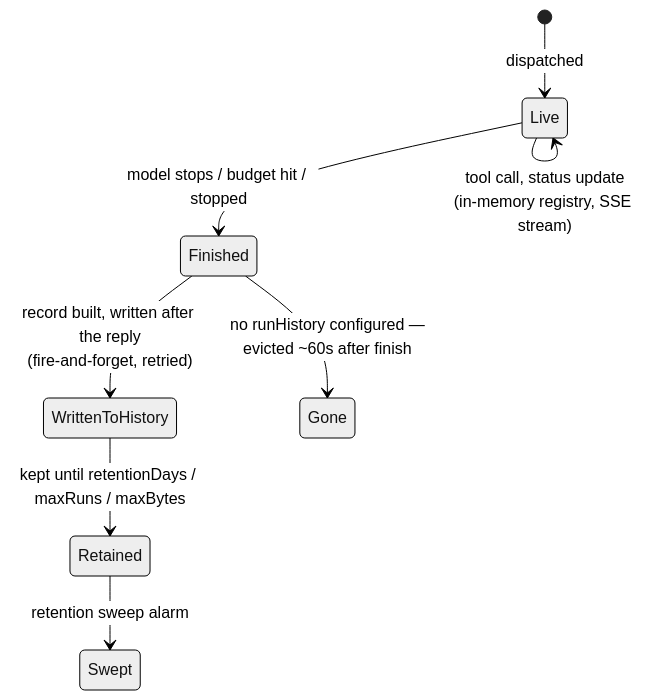
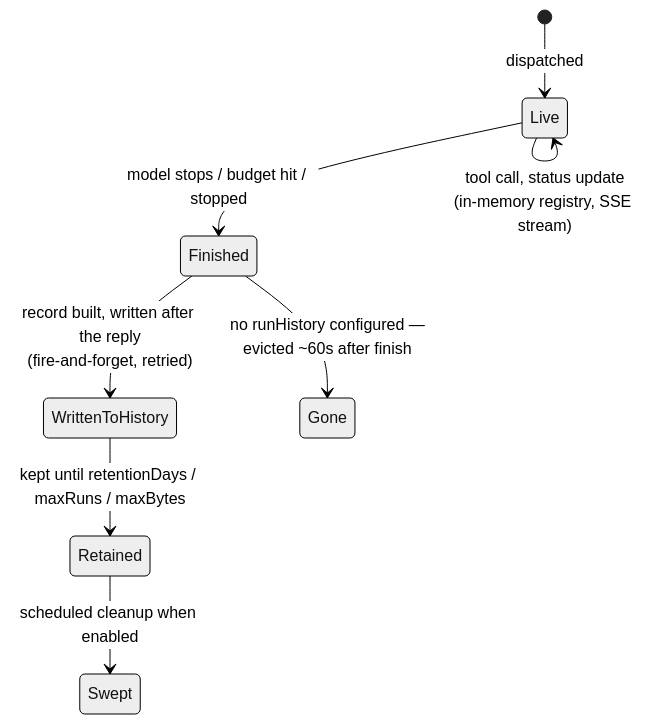
Before and after one commit to coreplanelabs/switchboard: the diagram in docs/explanation/runs-live-and-history.md, drawn with Mermaid (neutral theme). The commit also changed 10 other files, not shown here.

Commit message:
fix(memory): pause scheduled history cleanup for MVP

````diff
--- a/docs/explanation/runs-live-and-history.md
+++ b/docs/explanation/runs-live-and-history.md
@@ -5,10 +5,10 @@
 ```mermaid
 stateDiagram-v2
     [*] --> Live: dispatched
     Live --> Live: tool call, status update<br/>(in-memory registry, SSE stream)
     Live --> Finished: model stops / budget hit / stopped
     Finished --> WrittenToHistory: record built, written after the reply<br/>(fire-and-forget, retried)
     Finished --> Gone: no runHistory configured —<br/>evicted ~60s after finish
     WrittenToHistory --> Retained: kept until retentionDays / maxRuns / maxBytes
-    Retained --> Swept: retention sweep alarm
+    Retained --> Swept: scheduled cleanup when enabled
 ```
````
